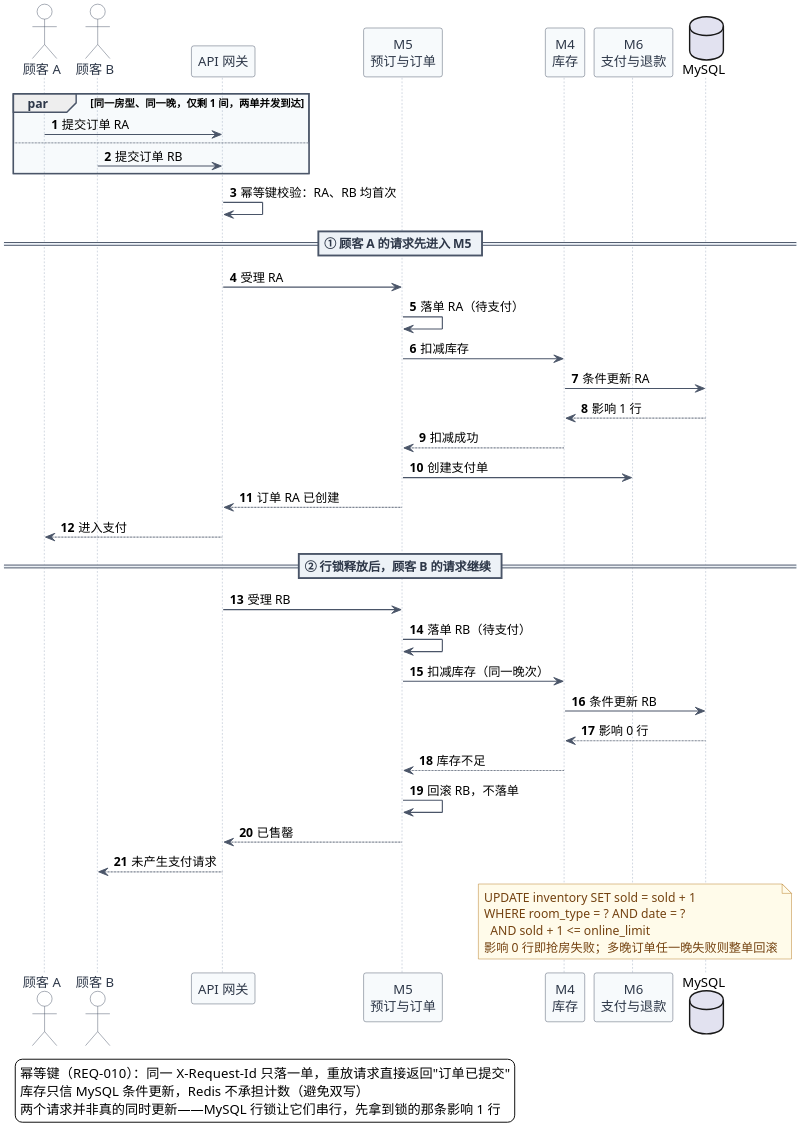
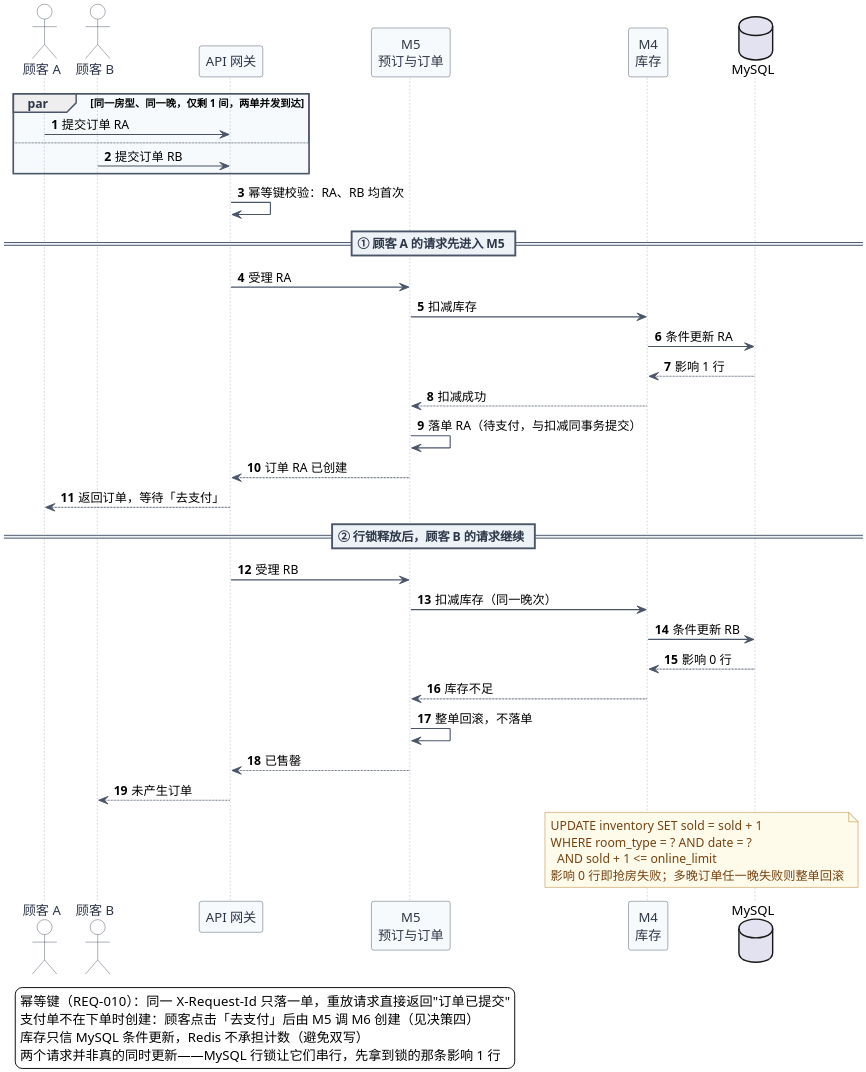
The diagram in UML/UML时序图_并发抢房.puml (ruzhai/software-engineering-labs), drawn with PlantUML before and after one commit. The commit also changed 10 other files, not shown here.

```diff
--- a/UML/UML时序图_并发抢房.puml
+++ b/UML/UML时序图_并发抢房.puml
@@ -1,76 +1,74 @@
 @startuml UML时序图_并发抢房
 skinparam defaultFontName "Microsoft YaHei"
 skinparam shadowing false
 skinparam backgroundColor #FFFFFF
 skinparam dpi 250
 skinparam sequenceArrowColor #4A5568
 skinparam sequenceArrowThickness 1.2
 skinparam sequenceLifeLineBorderColor #A0AEC0
 skinparam sequenceGroupBorderColor #4A5568
 skinparam sequenceGroupHeaderFontColor #2D3748
 skinparam sequenceGroupBodyBackgroundColor #F7FAFC
 skinparam participantBorderColor #4A5568
 skinparam participantBackgroundColor #F7FAFC
 skinparam participantFontColor #2D3748
 skinparam actorBorderColor #4A5568
 skinparam actorBackgroundColor #FFFFFF
 skinparam actorFontColor #2D3748
 skinparam noteBackgroundColor #FFFBEA
 skinparam noteBorderColor #B7791F
 skinparam noteFontColor #744210
 skinparam sequenceDividerBackgroundColor #EDF2F7
 skinparam sequenceDividerBorderColor #4A5568
 skinparam sequenceDividerFontColor #2D3748
 autonumber
 
 actor "顾客 A" as UA
 actor "顾客 B" as UB
 participant "API 网关" as GW
 participant "M5\n预订与订单" as M5
 participant "M4\n库存" as M4
-participant "M6\n支付与退款" as M6
 database "MySQL" as DB
 
 par 同一房型、同一晚，仅剩 1 间，两单并发到达
   UA -> GW : 提交订单 RA
 else
   UB -> GW : 提交订单 RB
 end
 
 GW -> GW : 幂等键校验：RA、RB 均首次
 
 == ① 顾客 A 的请求先进入 M5 ==
 GW -> M5 : 受理 RA
-M5 -> M5 : 落单 RA（待支付）
 M5 -> M4 : 扣减库存
 M4 -> DB : 条件更新 RA
 DB --> M4 : 影响 1 行
 M4 --> M5 : 扣减成功
-M5 -> M6 : 创建支付单
+M5 -> M5 : 落单 RA（待支付，与扣减同事务提交）
 M5 --> GW : 订单 RA 已创建
-GW --> UA : 进入支付
+GW --> UA : 返回订单，等待「去支付」
 
 == ② 行锁释放后，顾客 B 的请求继续 ==
 GW -> M5 : 受理 RB
-M5 -> M5 : 落单 RB（待支付）
 M5 -> M4 : 扣减库存（同一晚次）
 M4 -> DB : 条件更新 RB
 DB --> M4 : 影响 0 行
 M4 --> M5 : 库存不足
-M5 -> M5 : 回滚 RB，不落单
+M5 -> M5 : 整单回滚，不落单
 M5 --> GW : 已售罄
-GW --> UB : 未产生支付请求
+GW --> UB : 未产生订单
 
 note over M4, DB
   UPDATE inventory SET sold = sold + 1
   WHERE room_type = ? AND date = ?
     AND sold + 1 <= online_limit
   影响 0 行即抢房失败；多晚订单任一晚失败则整单回滚
 end note
 
 legend bottom left
   幂等键（REQ-010）：同一 X-Request-Id 只落一单，重放请求直接返回"订单已提交"
+  支付单不在下单时创建：顾客点击「去支付」后由 M5 调 M6 创建（见决策四）
   库存只信 MySQL 条件更新，Redis 不承担计数（避免双写）
   两个请求并非真的同时更新——MySQL 行锁让它们串行，先拿到锁的那条影响 1 行
 end legend
 @enduml
```
